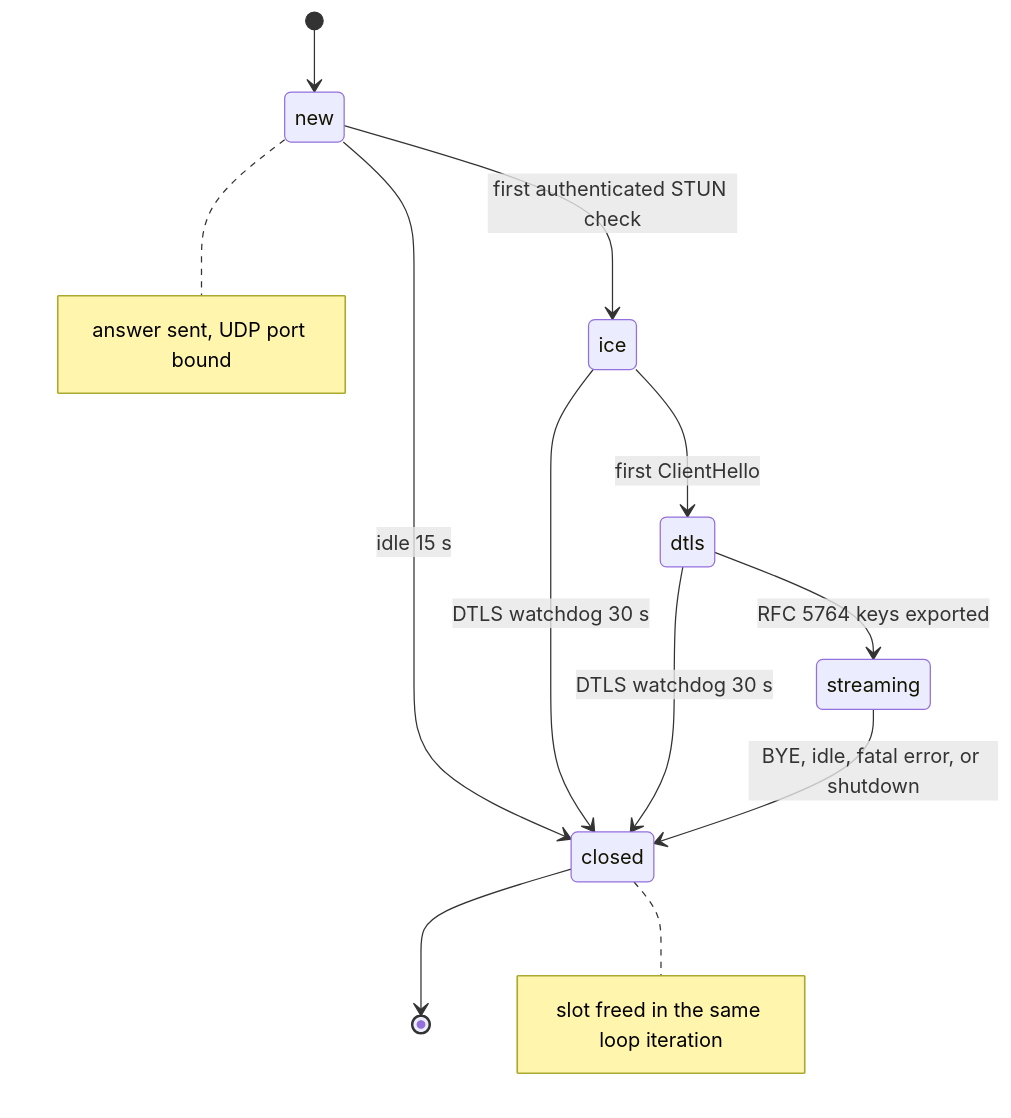
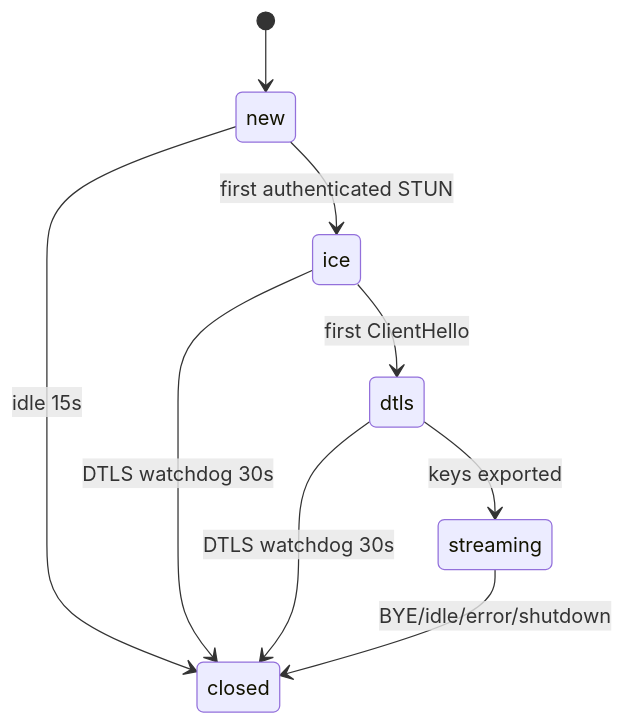
One commit to ccsalman545/cam changed the third of 3 diagrams in README.md. Above: the diagram before and after it, drawn with Mermaid. The commit also changed other lines of this file, not shown here.

````diff
--- a/README.md
+++ b/README.md
@@ -114,15 +541,11 @@
 ```mermaid
 stateDiagram-v2
     [*] --> new
-    new --> ice: first authenticated STUN check
+    new --> ice: first authenticated STUN
     ice --> dtls: first ClientHello
-    dtls --> streaming: RFC 5764 keys exported
-    new --> closed: idle 15 s
-    ice --> closed: DTLS watchdog 30 s
-    dtls --> closed: DTLS watchdog 30 s
-    streaming --> closed: BYE, idle, fatal error, or shutdown
-    closed --> [*]
-
-    note right of new: answer sent, UDP port bound
-    note right of closed: slot freed in the same loop iteration
+    dtls --> streaming: keys exported
+    new --> closed: idle 15s
+    ice --> closed: DTLS watchdog 30s
+    dtls --> closed: DTLS watchdog 30s
+    streaming --> closed: BYE/idle/error/shutdown
 ```
````
